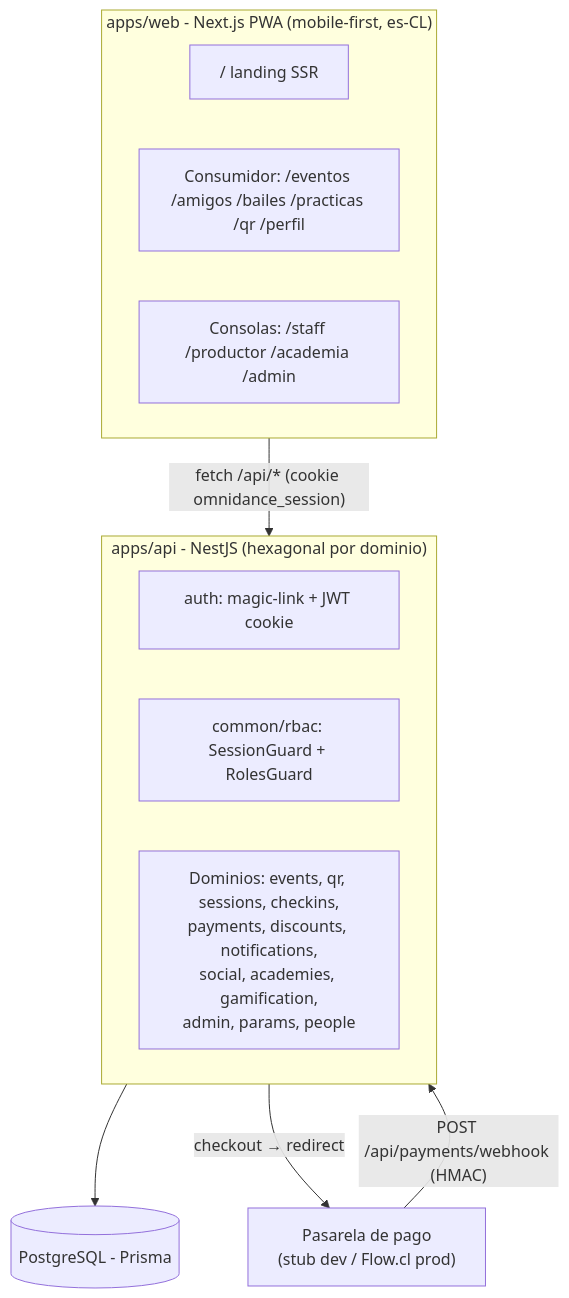
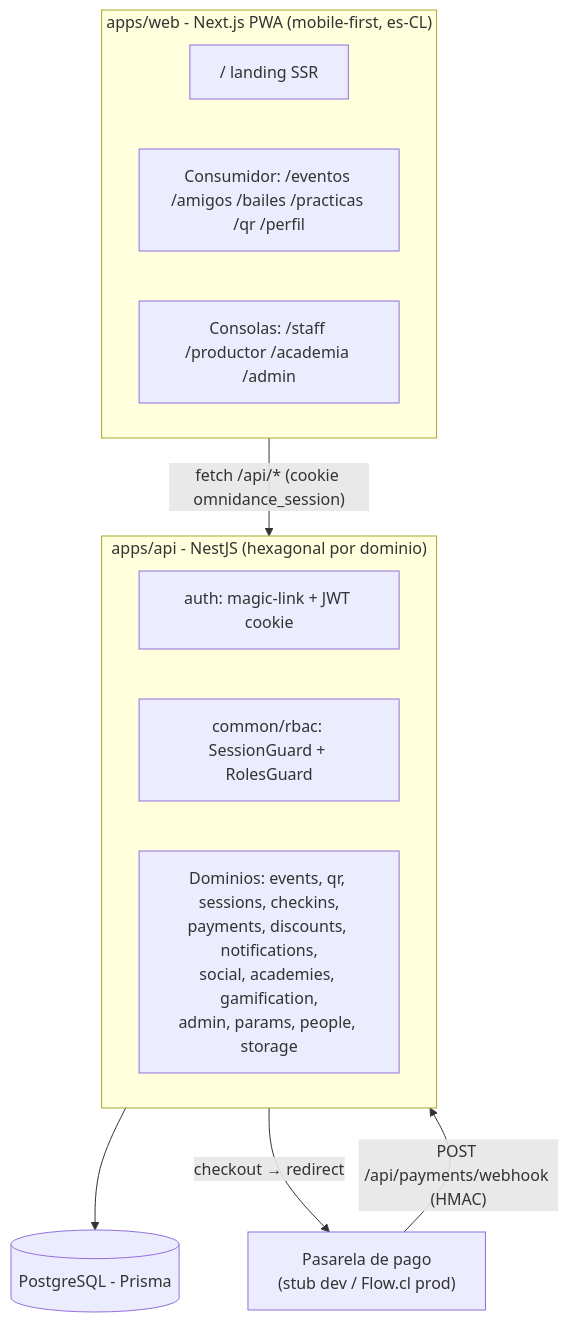
The first of 3 diagrams in docs/architecture.md (EduardoSalasG/omnidance), drawn with Mermaid before and after one commit. The commit also changed other lines of this file and 30 other files, not shown here.

````diff
--- a/docs/architecture.md
+++ b/docs/architecture.md
@@ -9,22 +9,22 @@
 ```mermaid
 graph TB
     subgraph Client["apps/web - Next.js PWA (mobile-first, es-CL)"]
         Landing["/ landing SSR"]
         Consumer["Consumidor: /eventos /amigos /bailes /practicas /qr /perfil"]
         Ops["Consolas: /staff /productor /academia /admin"]
     end
 
     subgraph API["apps/api - NestJS (hexagonal por dominio)"]
         Auth["auth: magic-link + JWT cookie"]
         RBAC["common/rbac: SessionGuard + RolesGuard"]
-        Domains["Dominios: events, qr, sessions, checkins,<br/>payments, discounts, notifications,<br/>social, academies, gamification,<br/>admin, params, people"]
+        Domains["Dominios: events, qr, sessions, checkins,<br/>payments, discounts, notifications,<br/>social, academies, gamification,<br/>admin, params, people, storage"]
     end
 
     DB[(PostgreSQL - Prisma)]
     Ext["Pasarela de pago<br/>(stub dev / Flow.cl prod)"]
 
     Client -->|"fetch /api/* (cookie omnidance_session)"| API
     API --> DB
     API -->|"checkout → redirect"| Ext
     Ext -->|"POST /api/payments/webhook (HMAC)"| API
 ```
````
